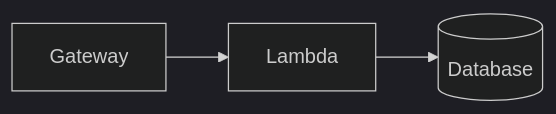
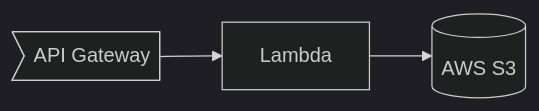
One commit to dharnitski/cc-hosts changed the diagram in README.md. Above: the diagram before and after it, drawn with Mermaid (dark theme). The commit also changed other lines of this file and 1 other file, not shown here.

````diff
--- a/README.md
+++ b/README.md
@@ -8,5 +15,5 @@
 ```mermaid
 graph LR;
-    Gateway --> Lambda;
-    Lambda -->S3[(Database)];
+    Gateway>API Gateway] --> Lambda;
+    Lambda -->S3[(AWS S3)];
 ```
````
